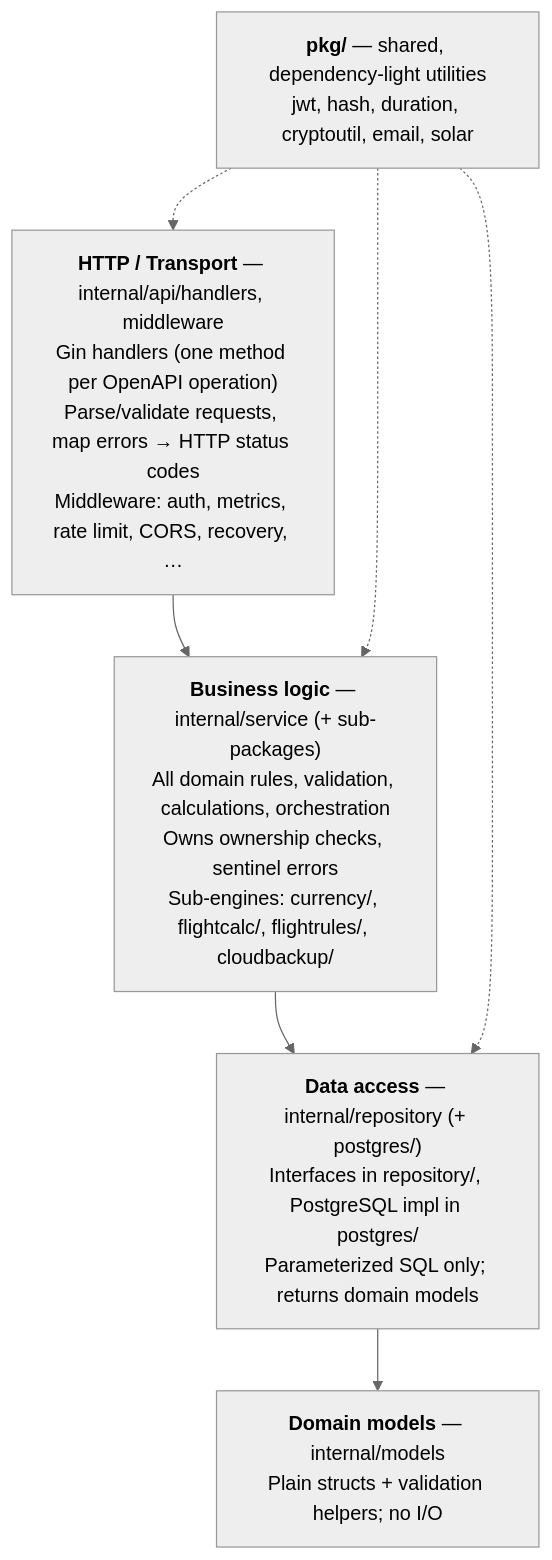
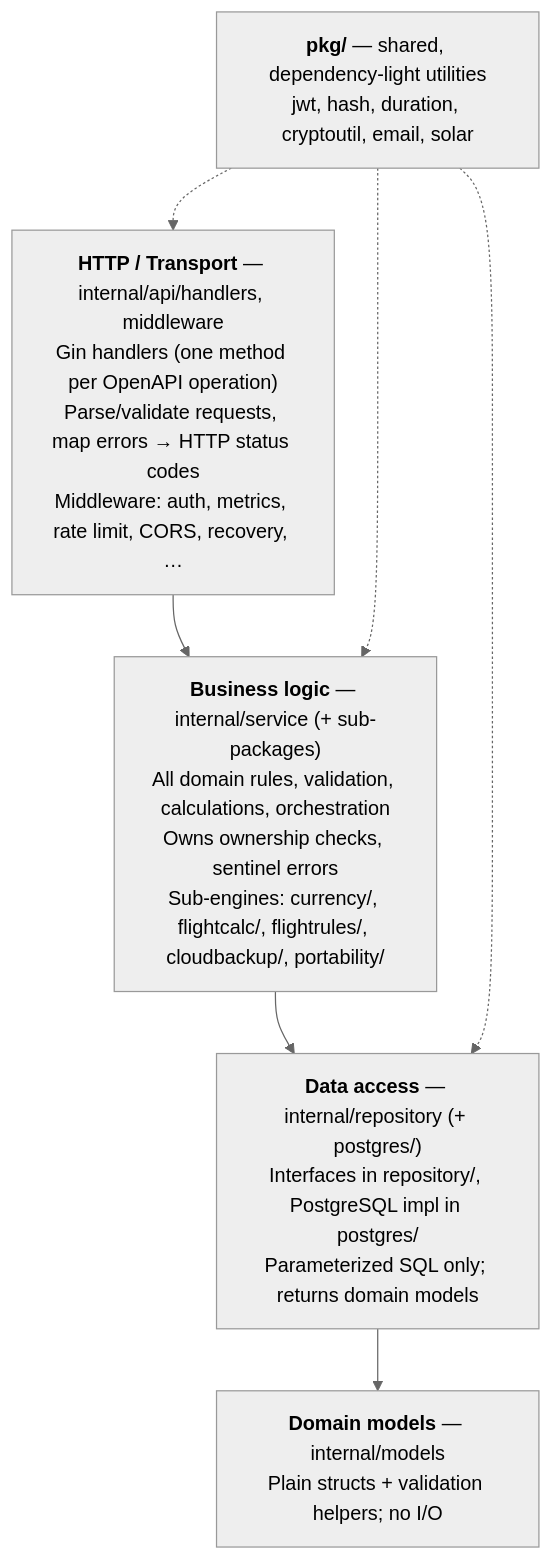
One commit to fjaeckel/ninerlog-api changed the first of 3 diagrams in docs/ARCHITECTURE.md. Above: the diagram before and after it, drawn with Mermaid (neutral theme). The commit also changed other lines of this file and 35 other files, not shown here.

````diff
--- a/docs/ARCHITECTURE.md
+++ b/docs/ARCHITECTURE.md
@@ -13,13 +13,13 @@
 ```mermaid
 flowchart TD
     H["<b>HTTP / Transport</b> — internal/api/handlers, middleware<br/>Gin handlers (one method per OpenAPI operation)<br/>Parse/validate requests, map errors → HTTP status codes<br/>Middleware: auth, metrics, rate limit, CORS, recovery, …"]
-    S["<b>Business logic</b> — internal/service (+ sub-packages)<br/>All domain rules, validation, calculations, orchestration<br/>Owns ownership checks, sentinel errors<br/>Sub-engines: currency/, flightcalc/, flightrules/, cloudbackup/"]
+    S["<b>Business logic</b> — internal/service (+ sub-packages)<br/>All domain rules, validation, calculations, orchestration<br/>Owns ownership checks, sentinel errors<br/>Sub-engines: currency/, flightcalc/, flightrules/, cloudbackup/, portability/"]
     R["<b>Data access</b> — internal/repository (+ postgres/)<br/>Interfaces in repository/, PostgreSQL impl in postgres/<br/>Parameterized SQL only; returns domain models"]
     M["<b>Domain models</b> — internal/models<br/>Plain structs + validation helpers; no I/O"]
     P["<b>pkg/</b> — shared, dependency-light utilities<br/>jwt, hash, duration, cryptoutil, email, solar"]
 
     H --> S --> R --> M
     P -.-> H
     P -.-> S
     P -.-> R
 ```
````
